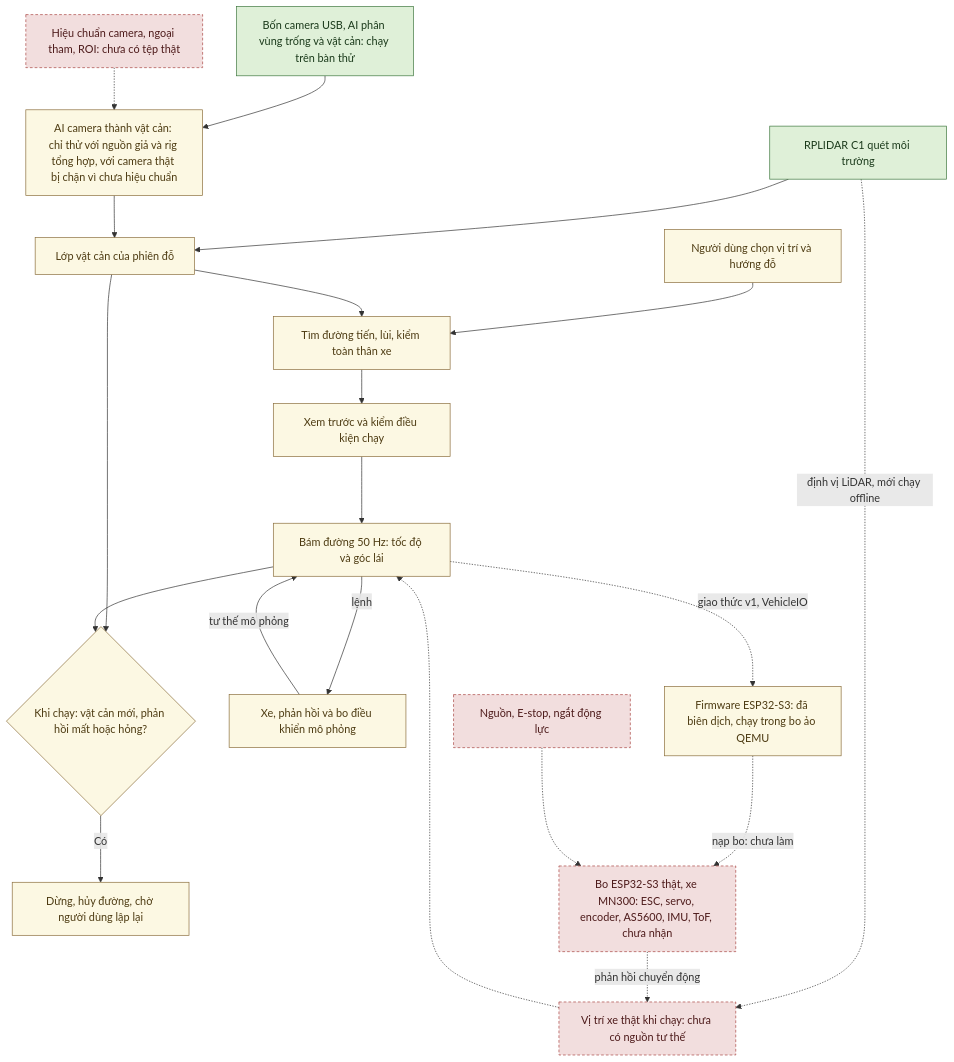
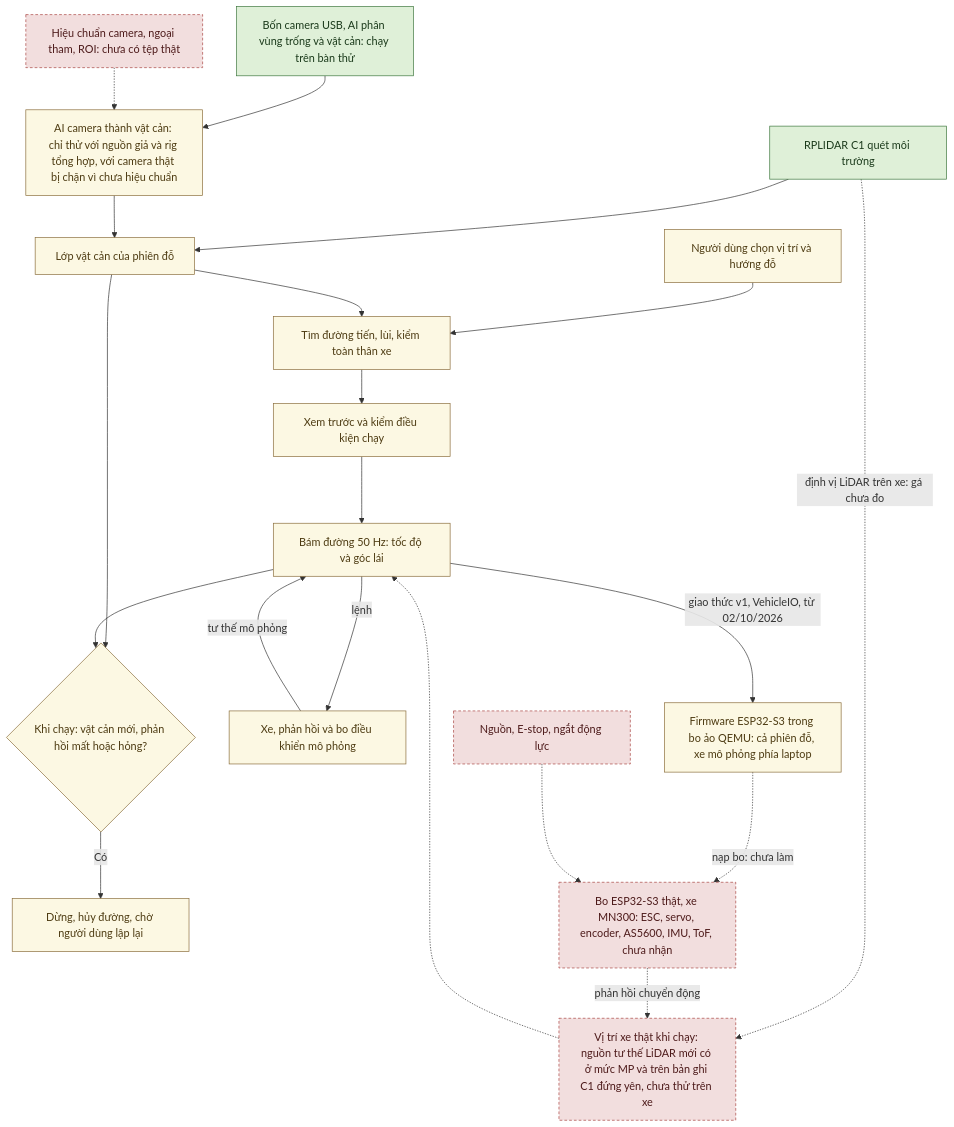
One commit to thbn12082/autopark changed the second of 2 diagrams in README.md. Above: the diagram before and after it, drawn with Mermaid. The commit also changed other lines of this file and 223 other files, not shown here.

````diff
--- a/README.md
+++ b/README.md
@@ -134,42 +162,42 @@
 ```mermaid
 flowchart TD
     U["Người dùng chọn vị trí và hướng đỗ"]
     L["RPLIDAR C1 quét môi trường"]
     C["Bốn camera USB, AI phân vùng trống và vật cản: chạy trên bàn thử"]
     K["Hiệu chuẩn camera, ngoại tham, ROI: chưa có tệp thật"]
     CA["AI camera thành vật cản: chỉ thử với nguồn giả và rig tổng hợp, với camera thật bị chặn vì chưa hiệu chuẩn"]
     M["Lớp vật cản của phiên đỗ"]
-    PO["Vị trí xe thật khi chạy: chưa có nguồn tư thế"]
+    PO["Vị trí xe thật khi chạy: nguồn tư thế LiDAR mới có ở mức MP và trên bản ghi C1 đứng yên, chưa thử trên xe"]
     P["Tìm đường tiến, lùi, kiểm toàn thân xe"]
     V["Xem trước và kiểm điều kiện chạy"]
     T["Bám đường 50 Hz: tốc độ và góc lái"]
     S{"Khi chạy: vật cản mới, phản hồi mất hoặc hỏng?"}
     D["Dừng, hủy đường, chờ người dùng lập lại"]
     SIM["Xe, phản hồi và bo điều khiển mô phỏng"]
-    E["Firmware ESP32-S3: đã biên dịch, chạy trong bo ảo QEMU"]
+    E["Firmware ESP32-S3 trong bo ảo QEMU: cả phiên đỗ, xe mô phỏng phía laptop"]
     X["Bo ESP32-S3 thật, xe MN300: ESC, servo, encoder, AS5600, IMU, ToF, chưa nhận"]
     N["Nguồn, E-stop, ngắt động lực"]
     L --> M
     C --> CA --> M
     K -.-> CA
-    L -.->|định vị LiDAR, mới chạy offline| PO
+    L -.->|định vị LiDAR trên xe: gá chưa đo| PO
     U --> P
     M --> P
     P --> V --> T
     T -->|lệnh| SIM
     SIM -->|tư thế mô phỏng| T
-    T -.->|giao thức v1, VehicleIO| E
+    T -->|giao thức v1, VehicleIO, từ 02/10/2026| E
     E -.->|nạp bo: chưa làm| X
     X -.->|phản hồi chuyển động| PO
     PO -.-> T
     N -.-> X
     M --> S
     T --> S
     S -->|Có| D
     classDef daco fill:#dff0d8,stroke:#3c763d,color:#1b3a1b
     classDef giaLap fill:#fcf8e3,stroke:#8a6d3b,color:#4d3b12
     classDef chuaLam fill:#f2dede,stroke:#a94442,color:#4d1a1a,stroke-dasharray: 4 3
     class L,C daco
     class U,CA,M,P,V,T,S,D,SIM,E giaLap
     class K,PO,X,N chuaLam
 ```
````
